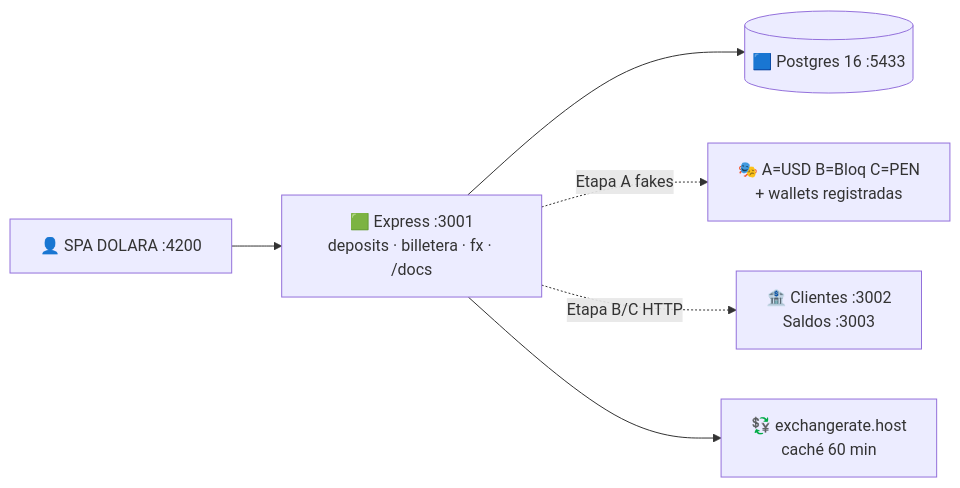
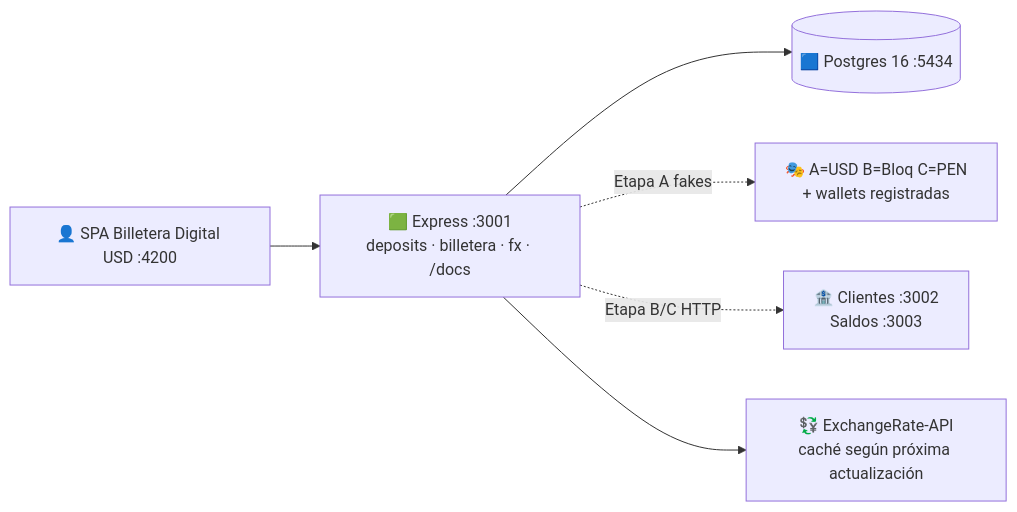
One commit to Sebitafx/dolara-billetera-usd changed the diagram in README.md. Above: the diagram before and after it, drawn with Mermaid. The commit also changed other lines of this file and 63 other files, not shown here.

Commit message:
feat: completar billetera USD y contrato de integración

````diff
--- a/README.md
+++ b/README.md
@@ -51,8 +52,8 @@
 ```mermaid
 flowchart LR
-  U[👤 SPA DOLARA :4200] --> API[🟩 Express :3001<br/>deposits · billetera · fx · /docs]
-  API --> DB[(🟦 Postgres 16 :5433)]
+  U[👤 SPA Billetera Digital USD :4200] --> API[🟩 Express :3001<br/>deposits · billetera · fx · /docs]
+  API --> DB[(🟦 Postgres 16 :5434)]
   API -.->|Etapa A fakes| FAKE[🎭 A=USD B=Bloq C=PEN<br/>+ wallets registradas]
   API -.->|Etapa B/C HTTP| EXT[🏦 Clientes :3002<br/>Saldos :3003]
-  API --> FX[💱 exchangerate.host<br/>caché 60 min]
+  API --> FX[💱 ExchangeRate-API<br/>caché según próxima actualización]
 ```
````
